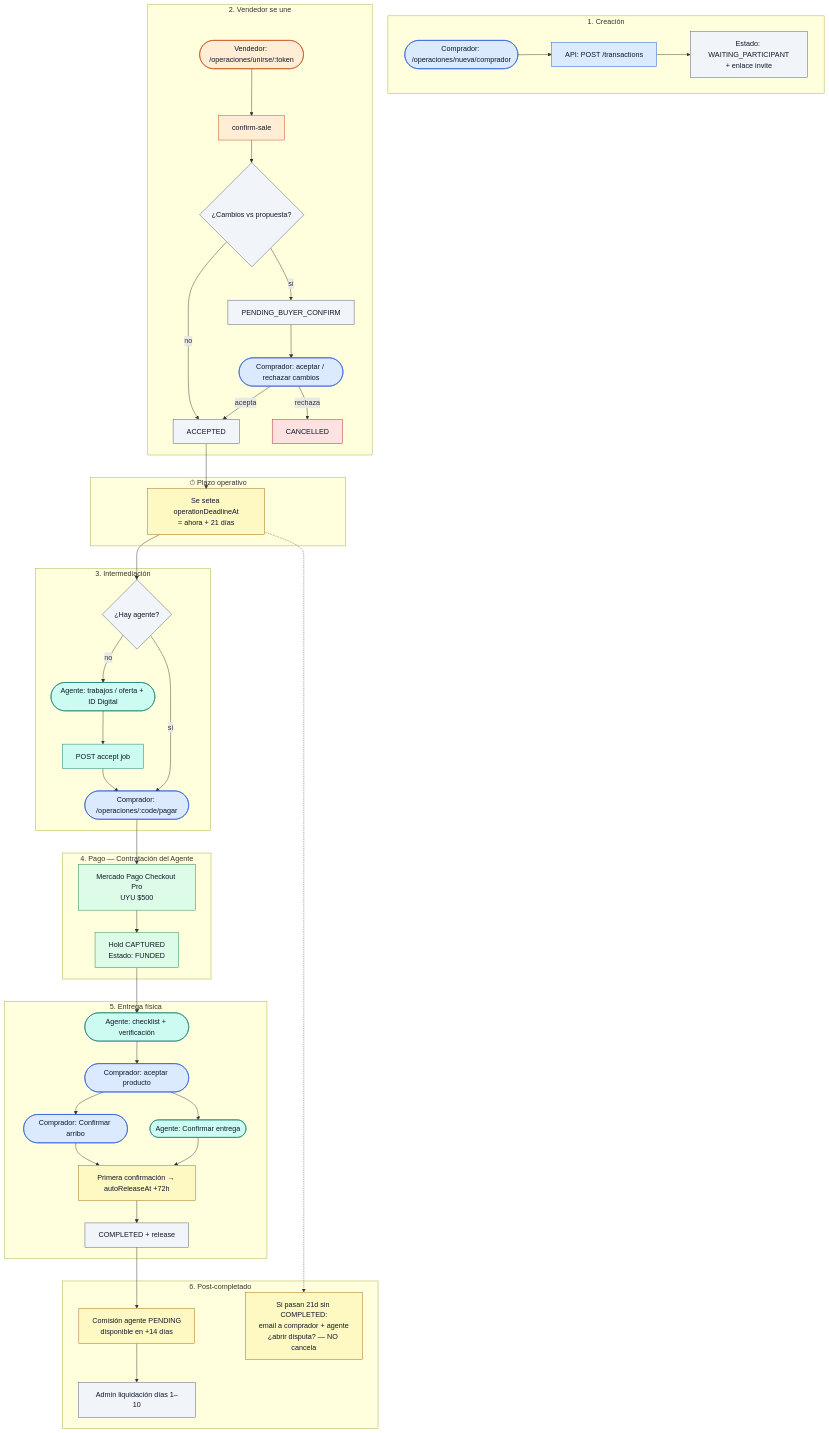
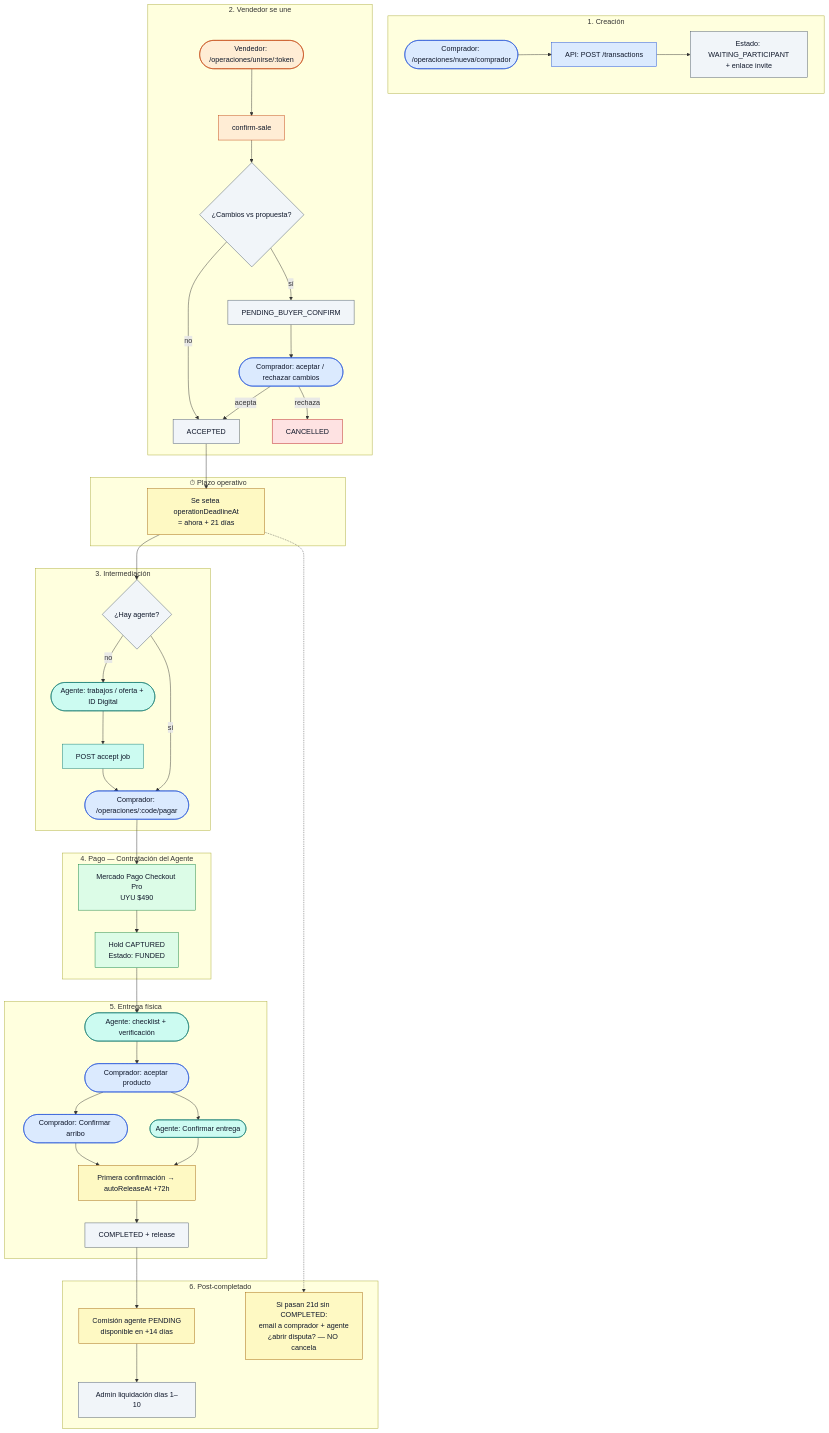
Before and after one commit to clissic/confiapp: the second of 8 diagrams in docs/OPERATION_FLOWS.md, drawn with Mermaid. The commit also changed other lines of this file and 49 other files, not shown here.

````diff
--- a/docs/OPERATION_FLOWS.md
+++ b/docs/OPERATION_FLOWS.md
@@ -92,75 +92,75 @@
 ```mermaid
 flowchart TB
   subgraph create ["1. Creación"]
     B1([Comprador: /operaciones/nueva/comprador]):::buyer
     B2[API: POST /transactions]:::buyer
     B3[Estado: WAITING_PARTICIPANT<br/>+ enlace invite]:::system
     B1 --> B2 --> B3
   end
 
   subgraph join ["2. Vendedor se une"]
     S1([Vendedor: /operaciones/unirse/:token]):::seller
     S2[confirm-sale]:::seller
     S3{¿Cambios vs propuesta?}:::system
     S4[PENDING_BUYER_CONFIRM]:::system
     S5[ACCEPTED]:::system
     B4([Comprador: aceptar / rechazar cambios]):::buyer
     S1 --> S2 --> S3
     S3 -->|sí| S4 --> B4
     B4 -->|acepta| S5
     B4 -->|rechaza| CX[CANCELLED]:::dispute
     S3 -->|no| S5
   end
 
   subgraph deadline21 ["⏱ Plazo operativo"]
     D21[Se setea operationDeadlineAt<br/>= ahora + 21 días]:::deadline
     S5 --> D21
   end
 
   subgraph agent ["3. Intermediación"]
     A0{¿Hay agente?}:::system
     A1([Agente: trabajos / oferta + ID Digital]):::agent
     A2[POST accept job]:::agent
     A0 -->|sí| PAY
     A0 -->|no| A1 --> A2 --> PAY
   end
 
   D21 --> A0
 
   subgraph pay ["4. Pago — Contratación del Agente"]
     PAY([Comprador: /operaciones/:code/pagar]):::buyer
-    PAY3[Mercado Pago Checkout Pro<br/>UYU $500]:::pay
+    PAY3[Mercado Pago Checkout Pro<br/>UYU $490]:::pay
     PAY5[Hold CAPTURED<br/>Estado: FUNDED]:::pay
     PAY --> PAY3 --> PAY5
   end
 
   subgraph delivery ["5. Entrega física"]
     V1([Agente: checklist + verificación]):::agent
     V2([Comprador: aceptar producto]):::buyer
     V3([Agente: Confirmar entrega]):::agent
     V4([Comprador: Confirmar arribo]):::buyer
     V5[Primera confirmación → autoReleaseAt +72h]:::deadline
     V6[COMPLETED + release]:::system
     PAY5 --> V1 --> V2 --> V3
     V3 --> V5
     V2 --> V4
     V4 --> V5
     V5 --> V6
   end
 
   subgraph after ["6. Post-completado"]
     C1[Comisión agente PENDING<br/>disponible en +14 días]:::deadline
     C2[Admin liquidación días 1–10]:::system
     R21[Si pasan 21d sin COMPLETED:<br/>email a comprador + agente<br/>¿abrir disputa? — NO cancela]:::deadline
     V6 --> C1 --> C2
     D21 -.-> R21
   end
 
   classDef buyer fill:#dbeafe,stroke:#1d4ed8,color:#0f172a
   classDef seller fill:#ffedd5,stroke:#c2410c,color:#0f172a
   classDef agent fill:#ccfbf1,stroke:#0f766e,color:#0f172a
   classDef pay fill:#dcfce7,stroke:#15803d,color:#0f172a
   classDef deadline fill:#fef9c3,stroke:#a16207,color:#0f172a
   classDef dispute fill:#fee2e2,stroke:#b91c1c,color:#0f172a
   classDef system fill:#f1f5f9,stroke:#475569,color:#0f172a
 ```
````
